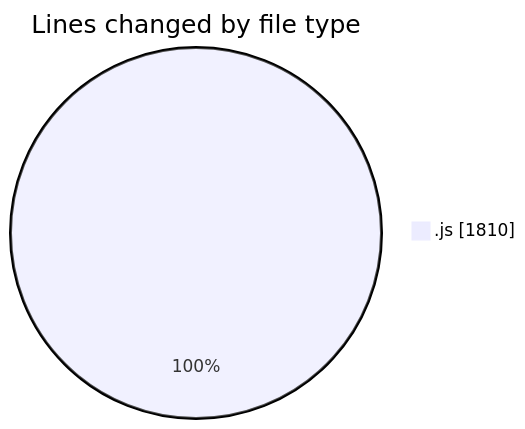
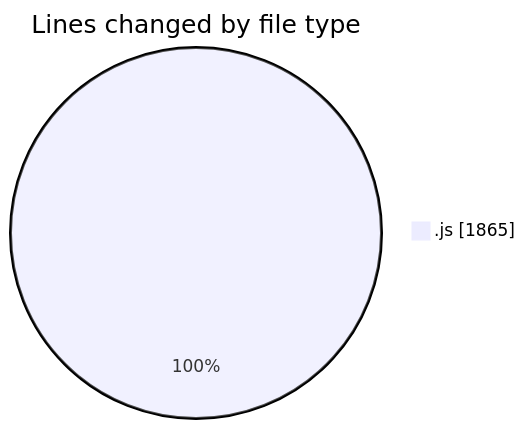
Before and after one commit to BS-eng2023/code-tracking: the first of 2 diagrams in 2025-04-03/jsvms/README.md, drawn with Mermaid. The commit also changed other lines of this file and 1 other file, not shown here.

````diff
--- a/2025-04-03/jsvms/README.md
+++ b/2025-04-03/jsvms/README.md
@@ -31,5 +31,5 @@
 ```mermaid
 pie showData
 title Lines changed by file type
-".js" : 1810
+".js" : 1865
 ```
````
